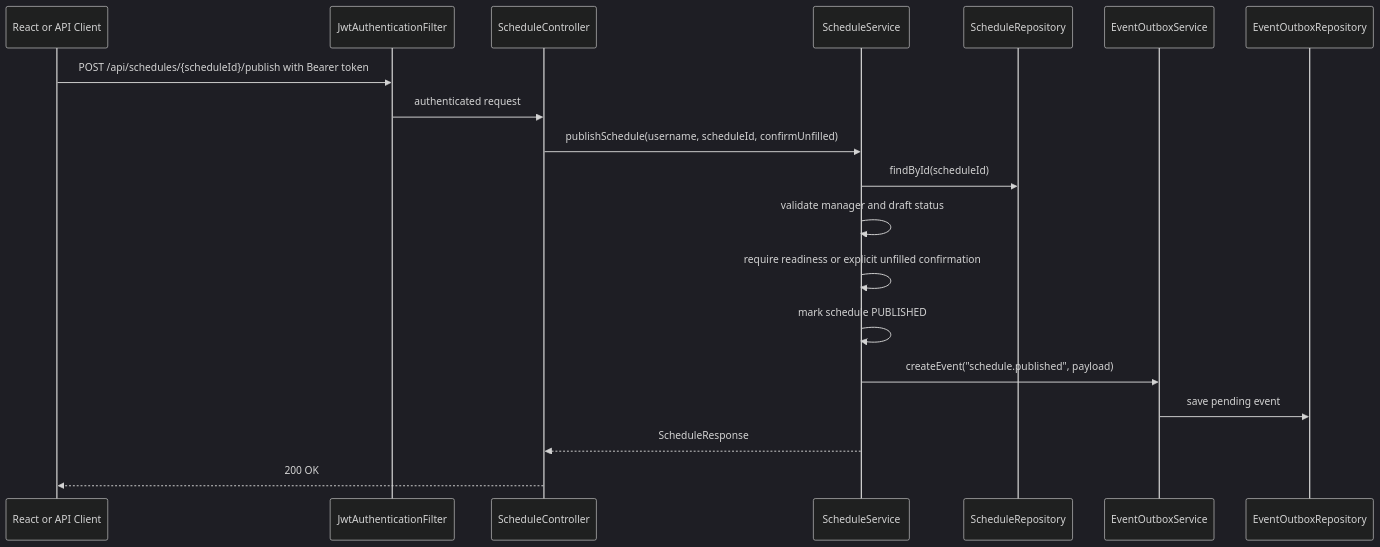
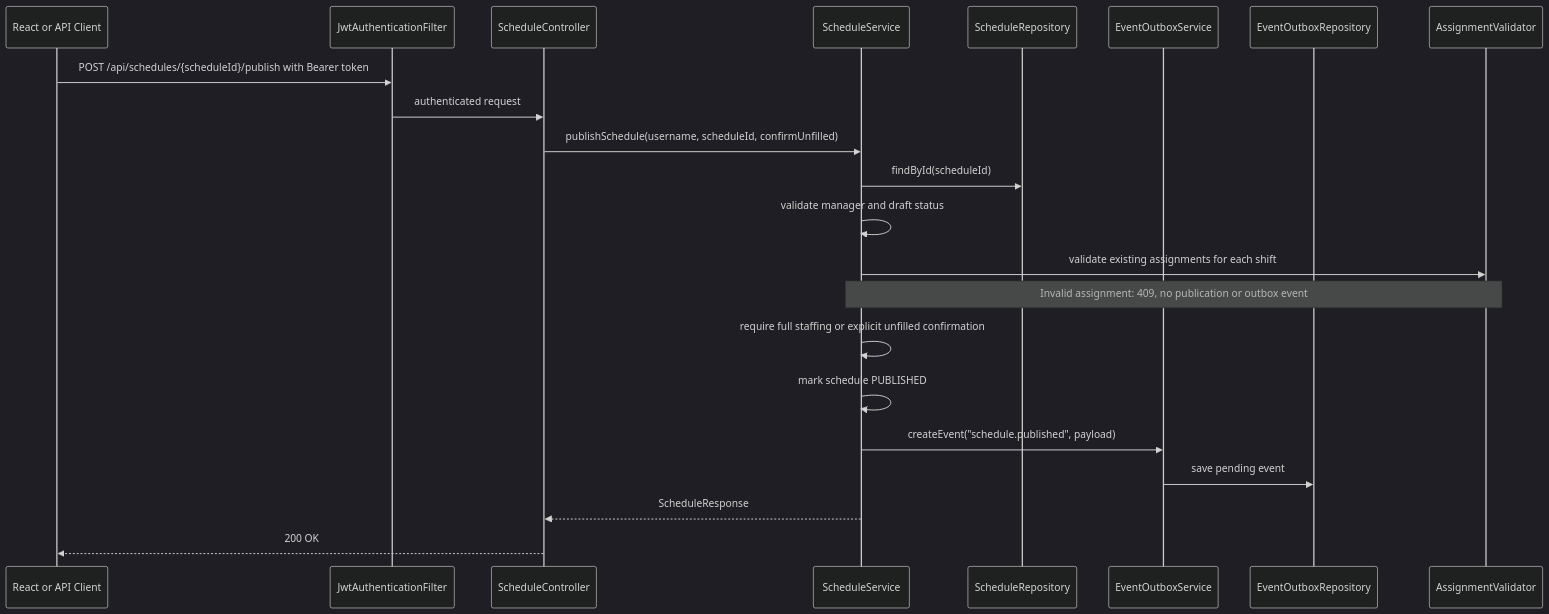
Before and after one commit to HiliMor/shift-management-system: the seventh of 20 diagrams in docs/current-backend-architecture.md, drawn with Mermaid (dark theme). The commit also changed other lines of this file and 10 other files, not shown here.

Commit message:
Schedule validation: Validate assigned shifts before editing and publishing

````diff
--- a/docs/current-backend-architecture.md
+++ b/docs/current-backend-architecture.md
@@ -434,22 +434,25 @@
 ```mermaid
 sequenceDiagram
     participant Client as React or API Client
     participant Security as JwtAuthenticationFilter
     participant ScheduleController
     participant ScheduleService
     participant ScheduleRepository
     participant EventOutboxService
     participant EventOutboxRepository
+    participant AssignmentValidator
 
     Client->>Security: POST /api/schedules/{scheduleId}/publish with Bearer token
     Security->>ScheduleController: authenticated request
     ScheduleController->>ScheduleService: publishSchedule(username, scheduleId, confirmUnfilled)
     ScheduleService->>ScheduleRepository: findById(scheduleId)
     ScheduleService->>ScheduleService: validate manager and draft status
-    ScheduleService->>ScheduleService: require readiness or explicit unfilled confirmation
+    ScheduleService->>AssignmentValidator: validate existing assignments for each shift
+    Note over ScheduleService,AssignmentValidator: Invalid assignment: 409, no publication or outbox event
+    ScheduleService->>ScheduleService: require full staffing or explicit unfilled confirmation
     ScheduleService->>ScheduleService: mark schedule PUBLISHED
     ScheduleService->>EventOutboxService: createEvent("schedule.published", payload)
     EventOutboxService->>EventOutboxRepository: save pending event
     ScheduleService-->>ScheduleController: ScheduleResponse
     ScheduleController-->>Client: 200 OK
 ```
````
